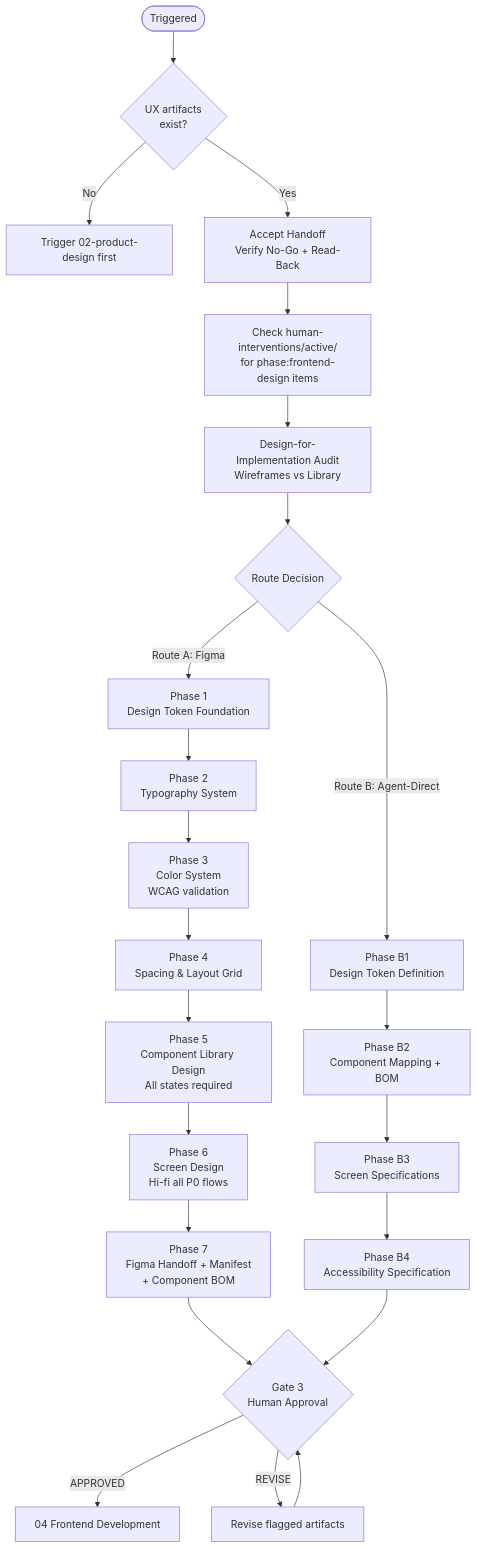
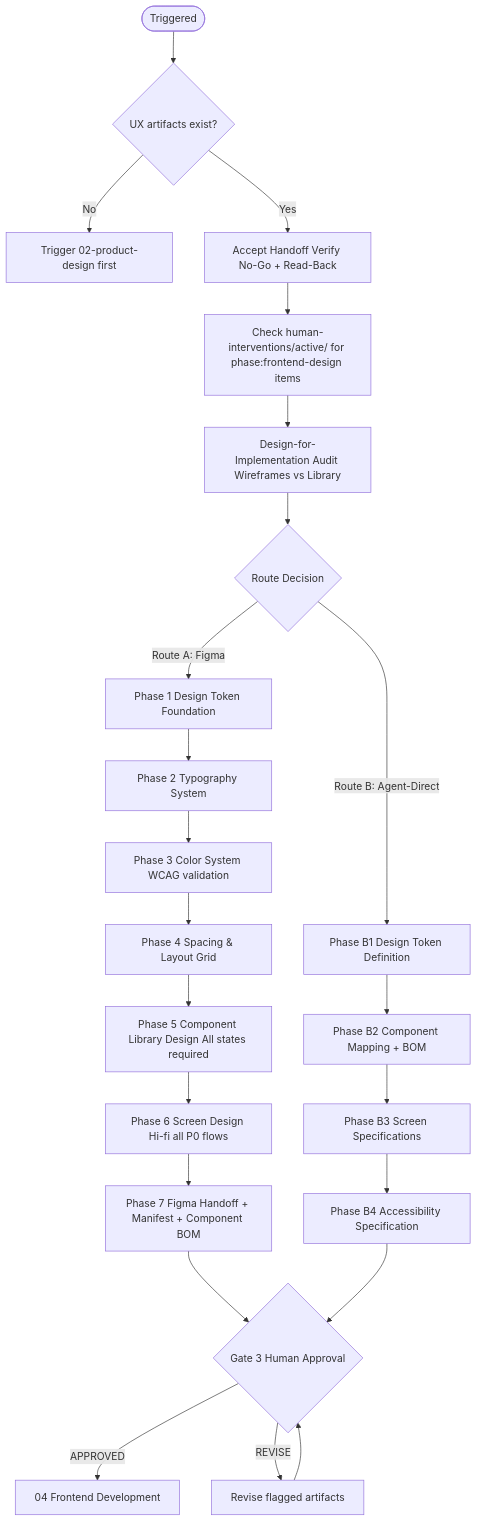
The first of 2 diagrams in .cursor/skills/03-frontend-design/SKILL.md (ivanyeors/product-agentic-templates), drawn with Mermaid before and after one commit. The commit also changed other lines of this file and 39 other files, not shown here.

````diff
--- a/.cursor/skills/03-frontend-design/SKILL.md
+++ b/.cursor/skills/03-frontend-design/SKILL.md
@@ -36,28 +36,28 @@
 ```mermaid
 flowchart TD
-    start([Triggered]) --> prereq{UX artifacts\nexist?}
+    start([Triggered]) --> prereq{UX artifacts exist?}
     prereq -->|No| block[Trigger 02-product-design first]
-    prereq -->|Yes| accept[Accept Handoff\nVerify No-Go + Read-Back]
-    accept --> hi_check[Check human-interventions/active/\nfor phase:frontend-design items]
-    hi_check --> dfi[Design-for-Implementation Audit\nWireframes vs Library]
+    prereq -->|Yes| accept[Accept Handoff Verify No-Go + Read-Back]
+    accept --> hi_check[Check human-interventions/active/ for phase:frontend-design items]
+    hi_check --> dfi[Design-for-Implementation Audit Wireframes vs Library]
     dfi --> route{Route Decision}
 
-    route -->|"Route A: Figma"| s1[Phase 1\nDesign Token Foundation]
-    s1 --> s2[Phase 2\nTypography System]
-    s2 --> s3[Phase 3\nColor System\nWCAG validation]
-    s3 --> s4[Phase 4\nSpacing & Layout Grid]
-    s4 --> s5[Phase 5\nComponent Library Design\nAll states required]
-    s5 --> s6[Phase 6\nScreen Design\nHi-fi all P0 flows]
-    s6 --> s7[Phase 7\nFigma Handoff + Manifest\n+ Component BOM]
+    route -->|"Route A: Figma"| s1[Phase 1 Design Token Foundation]
+    s1 --> s2[Phase 2 Typography System]
+    s2 --> s3[Phase 3 Color System WCAG validation]
+    s3 --> s4[Phase 4 Spacing & Layout Grid]
+    s4 --> s5[Phase 5 Component Library Design All states required]
+    s5 --> s6[Phase 6 Screen Design Hi-fi all P0 flows]
+    s6 --> s7[Phase 7 Figma Handoff + Manifest + Component BOM]
 
-    route -->|"Route B: Agent-Direct"| b1[Phase B1\nDesign Token Definition]
-    b1 --> b2[Phase B2\nComponent Mapping + BOM]
-    b2 --> b3[Phase B3\nScreen Specifications]
-    b3 --> b4[Phase B4\nAccessibility Specification]
+    route -->|"Route B: Agent-Direct"| b1[Phase B1 Design Token Definition]
+    b1 --> b2[Phase B2 Component Mapping + BOM]
+    b2 --> b3[Phase B3 Screen Specifications]
+    b3 --> b4[Phase B4 Accessibility Specification]
 
-    s7 --> gate{Gate 3\nHuman Approval}
+    s7 --> gate{Gate 3 Human Approval}
     b4 --> gate
     gate -->|APPROVED| next[04 Frontend Development]
     gate -->|REVISE| revise[Revise flagged artifacts]
     revise --> gate
 ```
````
